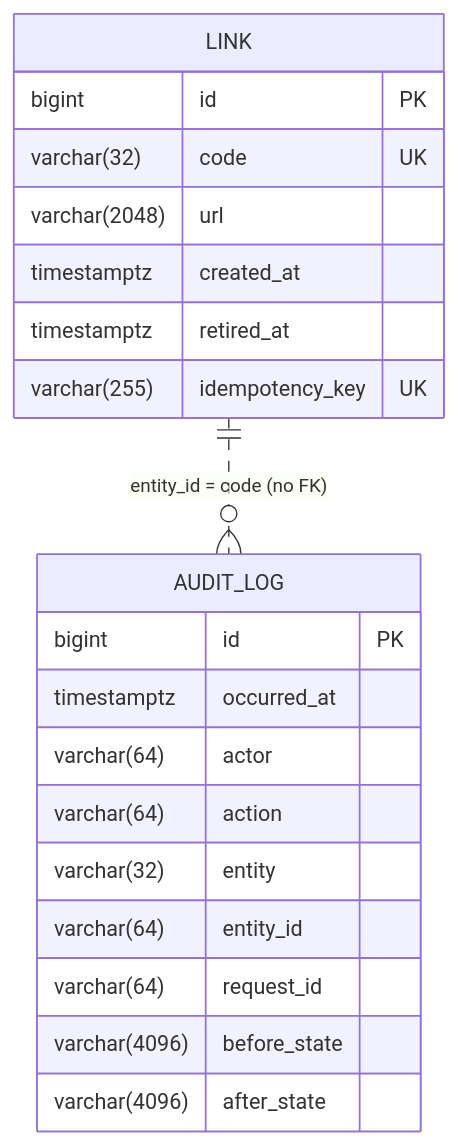
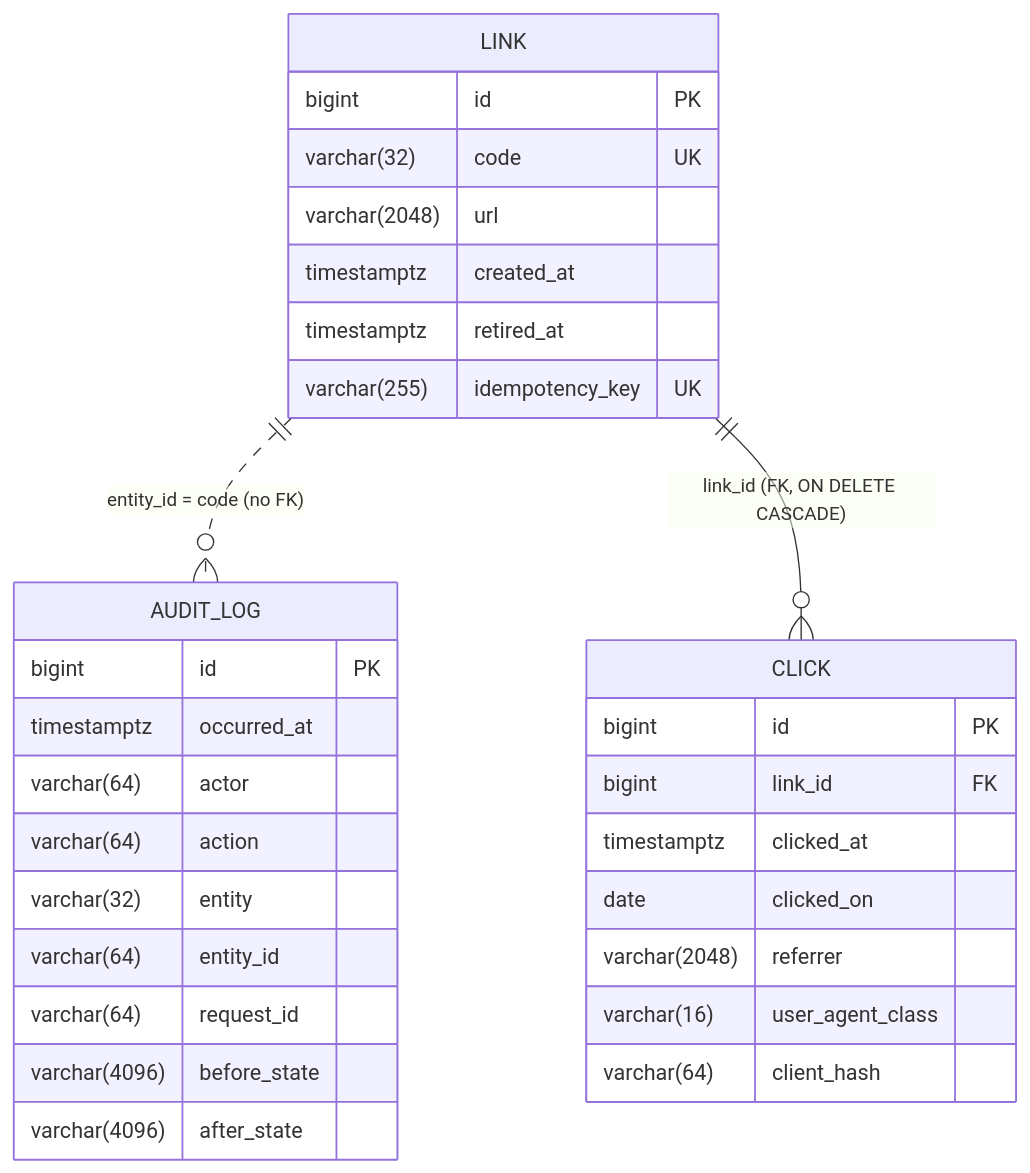
One commit to aurbanow1/url-shortener-agentic-sdlc changed the second of 2 diagrams in docs/DESIGN.md. Above: the diagram before and after it, drawn with Mermaid. The commit also changed other lines of this file and 11 other files, not shown here.

````diff
--- a/docs/DESIGN.md
+++ b/docs/DESIGN.md
@@ -289,23 +320,33 @@
 ```mermaid
 erDiagram
     LINK {
         bigint id PK
         varchar(32) code UK
         varchar(2048) url
         timestamptz created_at
         timestamptz retired_at
         varchar(255) idempotency_key UK
     }
     AUDIT_LOG {
         bigint id PK
         timestamptz occurred_at
         varchar(64) actor
         varchar(64) action
         varchar(32) entity
         varchar(64) entity_id
         varchar(64) request_id
         varchar(4096) before_state
         varchar(4096) after_state
     }
+    CLICK {
+        bigint id PK
+        bigint link_id FK
+        timestamptz clicked_at
+        date clicked_on
+        varchar(2048) referrer
+        varchar(16) user_agent_class
+        varchar(64) client_hash
+    }
     LINK ||..o{ AUDIT_LOG : "entity_id = code (no FK)"
+    LINK ||--o{ CLICK : "link_id (FK, ON DELETE CASCADE)"
 ```
````
